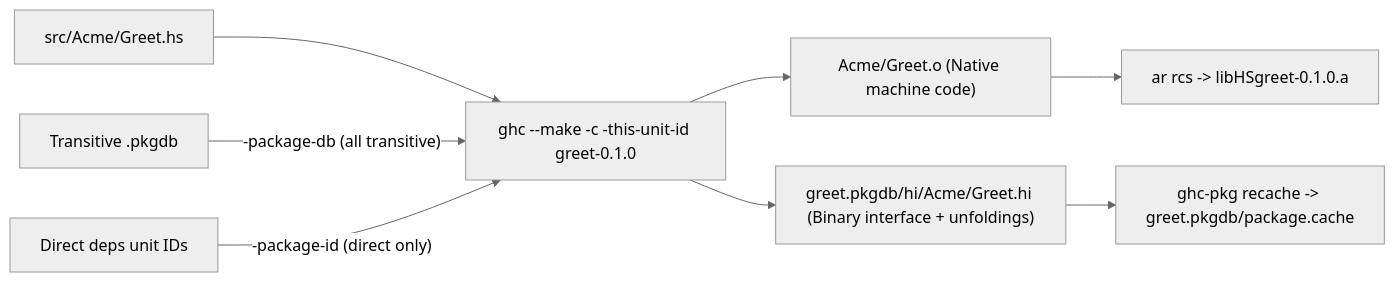
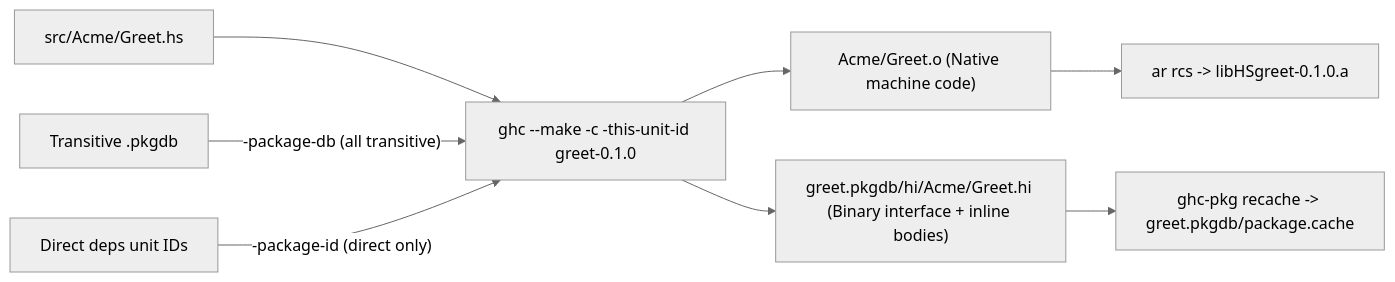
The first of 2 diagrams in docs/content/internals/haskell-and-ghc-primer.md (kaycebasques/hs), drawn with Mermaid (neutral theme) before and after one commit. The commit also changed other lines of this file and 3 other files, not shown here.

````diff
--- a/docs/content/internals/haskell-and-ghc-primer.md
+++ b/docs/content/internals/haskell-and-ghc-primer.md
@@ -119,10 +187,10 @@
 ```mermaid
 flowchart LR
     SRC["src/Acme/Greet.hs"] --> GHC["ghc --make -c -this-unit-id greet-0.1.0"]
     DEP_TR["Transitive <dep>.pkgdb"] -->|"-package-db (all transitive)"| GHC
     DEP_DIR["Direct deps unit IDs"] -->|"-package-id (direct only)"| GHC
     GHC --> OBJ["Acme/Greet.o (Native machine code)"]
-    GHC --> HI["greet.pkgdb/hi/Acme/Greet.hi (Binary interface + unfoldings)"]
+    GHC --> HI["greet.pkgdb/hi/Acme/Greet.hi (Binary interface + inline bodies)"]
     OBJ --> AR["ar rcs -> libHSgreet-0.1.0.a"]
     HI --> PKG["ghc-pkg recache -> greet.pkgdb/package.cache"]
 ```
````
